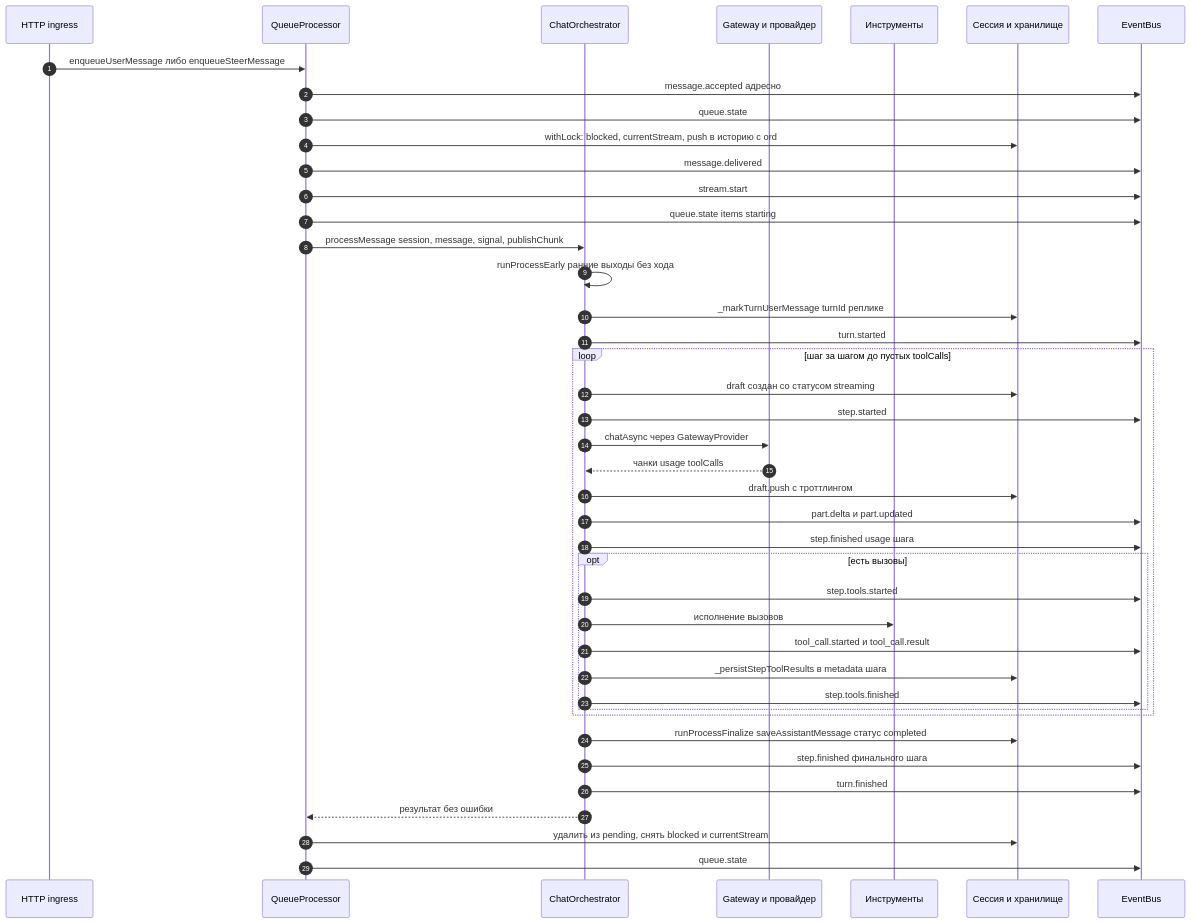
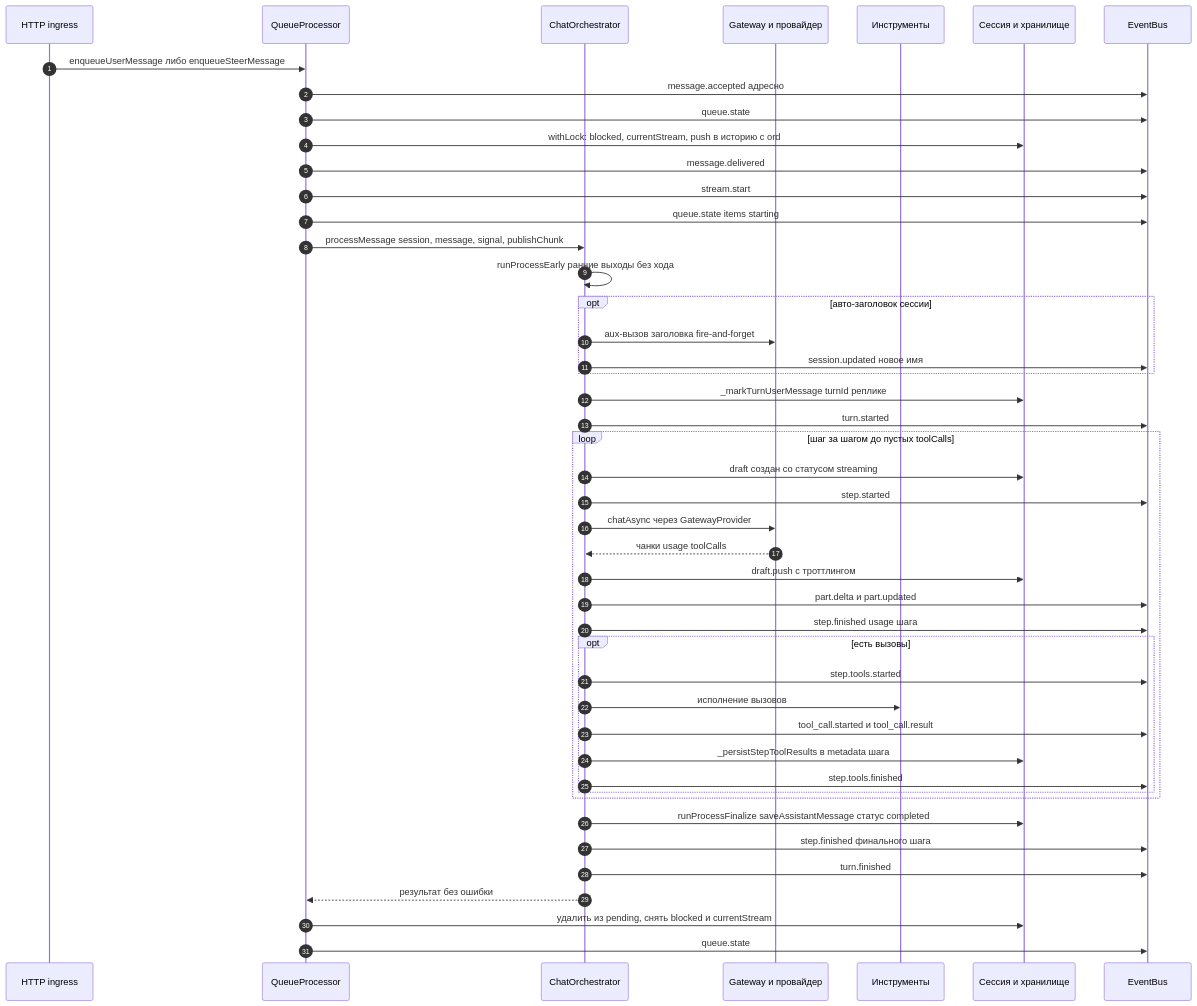
Before and after one commit to itphx/synth: the second of 9 diagrams in docs/MESSAGE_FLOW.md, drawn with Mermaid. The commit also changed other lines of this file and 36 other files, not shown here.

Commit message:
feat(sessions): авто-заголовок сразу после первого сообщения, защита от ложного имени и ручная регенерация

````diff
--- a/docs/MESSAGE_FLOW.md
+++ b/docs/MESSAGE_FLOW.md
@@ -258,45 +258,49 @@
 ```mermaid
 sequenceDiagram
   autonumber
   participant H as HTTP ingress
   participant Q as QueueProcessor
   participant O as ChatOrchestrator
   participant G as Gateway и провайдер
   participant T as Инструменты
   participant S as Сессия и хранилище
   participant B as EventBus
 
   H->>Q: enqueueUserMessage либо enqueueSteerMessage
   Q->>B: message.accepted адресно
   Q->>B: queue.state
   Q->>S: withLock: blocked, currentStream, push в историю с ord
   Q->>B: message.delivered
   Q->>B: stream.start
   Q->>B: queue.state items starting
   Q->>O: processMessage session, message, signal, publishChunk
   O->>O: runProcessEarly ранние выходы без хода
+  opt авто-заголовок сессии
+    O->>G: aux-вызов заголовка fire-and-forget
+    O->>B: session.updated новое имя
+  end
   O->>S: _markTurnUserMessage turnId реплике
   O->>B: turn.started
   loop шаг за шагом до пустых toolCalls
     O->>S: draft создан со статусом streaming
     O->>B: step.started
     O->>G: chatAsync через GatewayProvider
     G-->>O: чанки usage toolCalls
     O->>S: draft.push с троттлингом
     O->>B: part.delta и part.updated
     O->>B: step.finished usage шага
     opt есть вызовы
       O->>B: step.tools.started
       O->>T: исполнение вызовов
       O->>B: tool_call.started и tool_call.result
       O->>S: _persistStepToolResults в metadata шага
       O->>B: step.tools.finished
     end
   end
   O->>S: runProcessFinalize saveAssistantMessage статус completed
   O->>B: step.finished финального шага
   O->>B: turn.finished
   O-->>Q: результат без ошибки
   Q->>S: удалить из pending, снять blocked и currentStream
   Q->>B: queue.state
 ```
````
